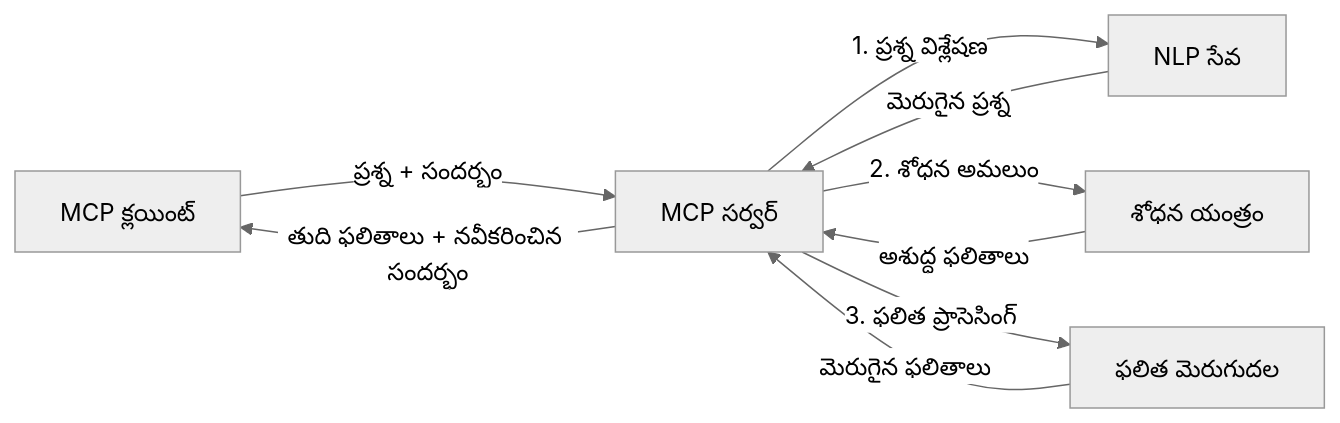
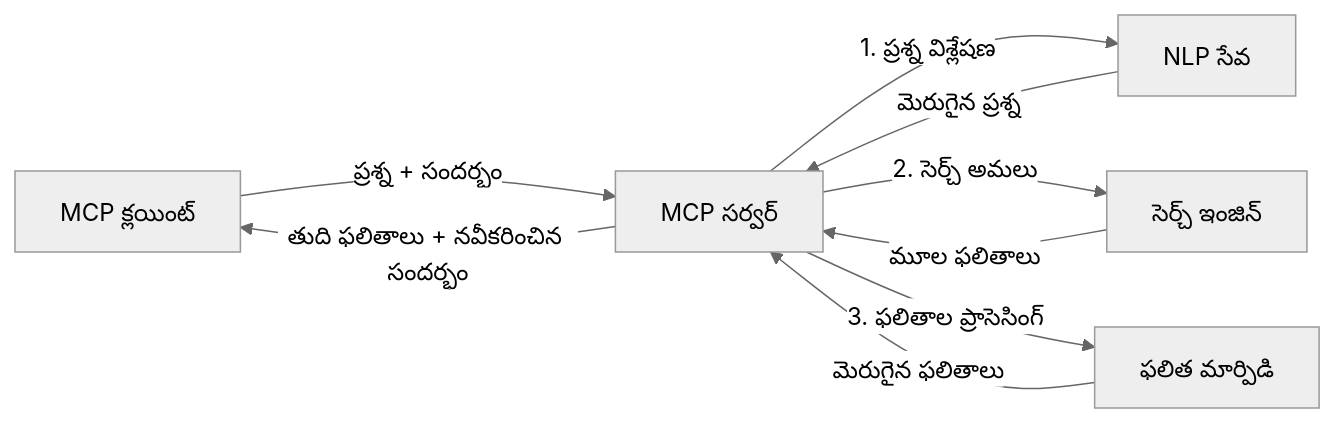
The fourth of 4 diagrams in translations/te/05-AdvancedTopics/mcp-realtimesearch/README.md (microsoft/mcp-for-beginners), drawn with Mermaid (neutral theme) before and after one commit. The commit also changed other lines of this file and 112 other files, not shown here.

````diff
--- a/translations/te/05-AdvancedTopics/mcp-realtimesearch/README.md
+++ b/translations/te/05-AdvancedTopics/mcp-realtimesearch/README.md
@@ -626,11 +628,11 @@
 ```mermaid
 graph LR
     Client[MCP క్లయింట్] --> |ప్రశ్న + సందర్భం| Server[MCP సర్వర్]
     Server --> |1. ప్రశ్న విశ్లేషణ| NLP[NLP సేవ]
     NLP --> |మెరుగైన ప్రశ్న| Server
-    Server --> |2. శోధన అమలుం| Search[శోధన యంత్రం]
-    Search --> |అశుద్ధ ఫలితాలు| Server
-    Server --> |3. ఫలిత ప్రాసెసింగ్| Enhancement[ఫలిత మెరుగుదల]
+    Server --> |2. సెర్చ్ అమలు| Search[సెర్చ్ ఇంజిన్]
+    Search --> |మూల ఫలితాలు| Server
+    Server --> |3. ఫలితాల ప్రాసెసింగ్| Enhancement[ఫలిత మార్పిడి]
     Enhancement --> |మెరుగైన ఫలితాలు| Server
     Server --> |తుది ఫలితాలు + నవీకరించిన సందర్భం| Client
 ```
````
